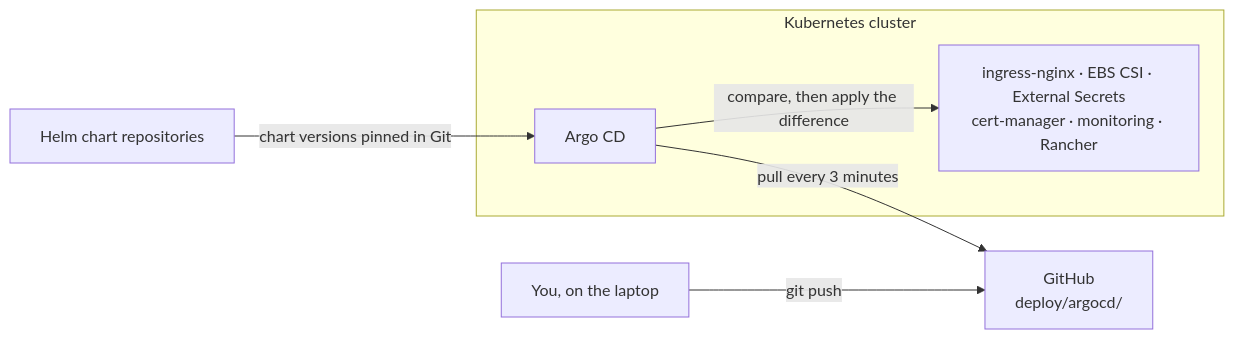
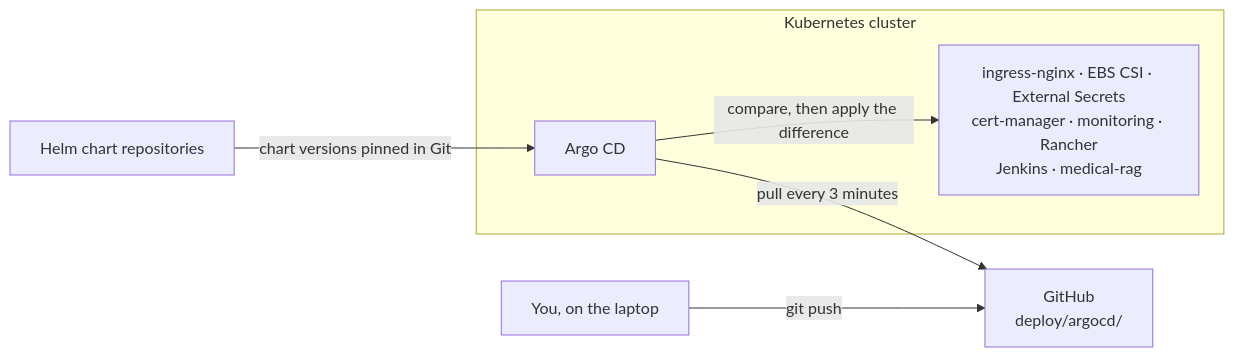
One commit to biabeogo147/Medical-RAG-Chatbot changed the first of 8 diagrams in docs/gitops/README.md. Above: the diagram before and after it, drawn with Mermaid. The commit also changed other lines of this file and 11 other files, not shown here.

````diff
--- a/docs/gitops/README.md
+++ b/docs/gitops/README.md
@@ -24,13 +24,13 @@
 ```mermaid
 flowchart LR
     DEV["You, on the laptop"] -->|"git push"| GH["GitHub<br/>deploy/argocd/"]
 
     subgraph CLUSTER["Kubernetes cluster"]
         ARGO["Argo CD"]
-        ADDONS["ingress-nginx · EBS CSI · External Secrets<br/>cert-manager · monitoring · Rancher"]
+        ADDONS["ingress-nginx · EBS CSI · External Secrets<br/>cert-manager · monitoring · Rancher<br/>Jenkins · medical-rag"]
     end
 
     ARGO -->|"pull every 3 minutes"| GH
     ARGO -->|"compare, then apply the difference"| ADDONS
     HELM["Helm chart repositories"] -->|"chart versions pinned in Git"| ARGO
 ```
````
